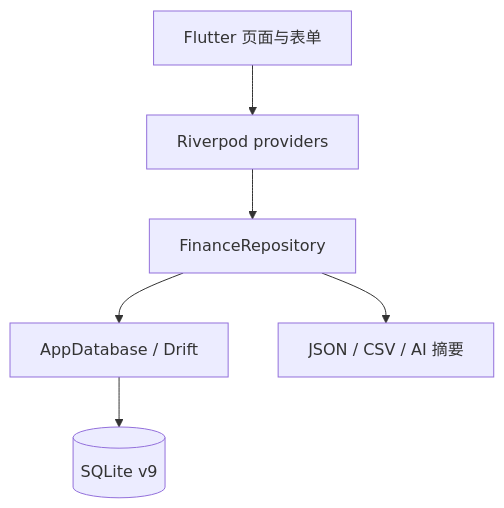
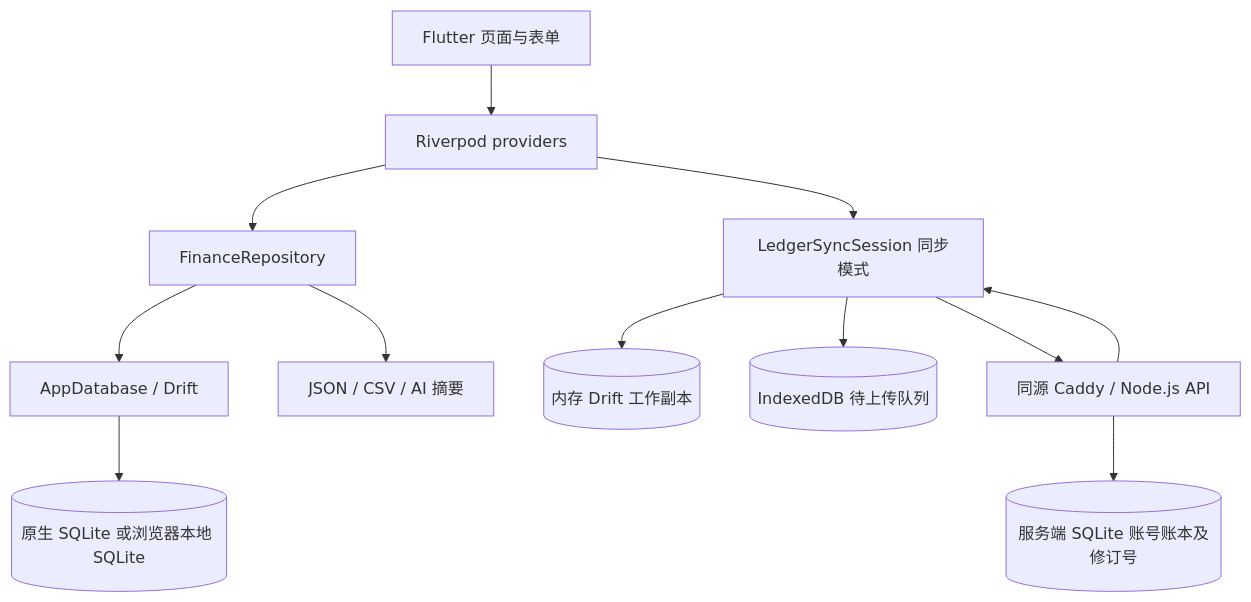
Before and after one commit to lawpowen/finance-compass-app: the diagram in docs/ARCHITECTURE.md, drawn with Mermaid. The commit also changed other lines of this file and 148 other files, not shown here.

Commit message:
fix: ship ledger accounting and sync repairs for Web 23

````diff
--- a/docs/ARCHITECTURE.md
+++ b/docs/ARCHITECTURE.md
@@ -18,8 +18,14 @@
 ```mermaid
 flowchart TD
   UI[Flutter 页面与表单] --> P[Riverpod providers]
   P --> R[FinanceRepository]
   R --> DB[AppDatabase / Drift]
-  DB --> SQL[(SQLite v9)]
+  DB --> SQL[(原生 SQLite 或浏览器本地 SQLite)]
+  P --> S[LedgerSyncSession 同步模式]
+  S --> M[(内存 Drift 工作副本)]
+  S --> Q[(IndexedDB 待上传队列)]
+  S --> W[同源 Caddy / Node.js API]
+  W --> L[(服务端 SQLite 账号账本及修订号)]
+  W --> S
   R --> E[JSON / CSV / AI 摘要]
 ```
````
